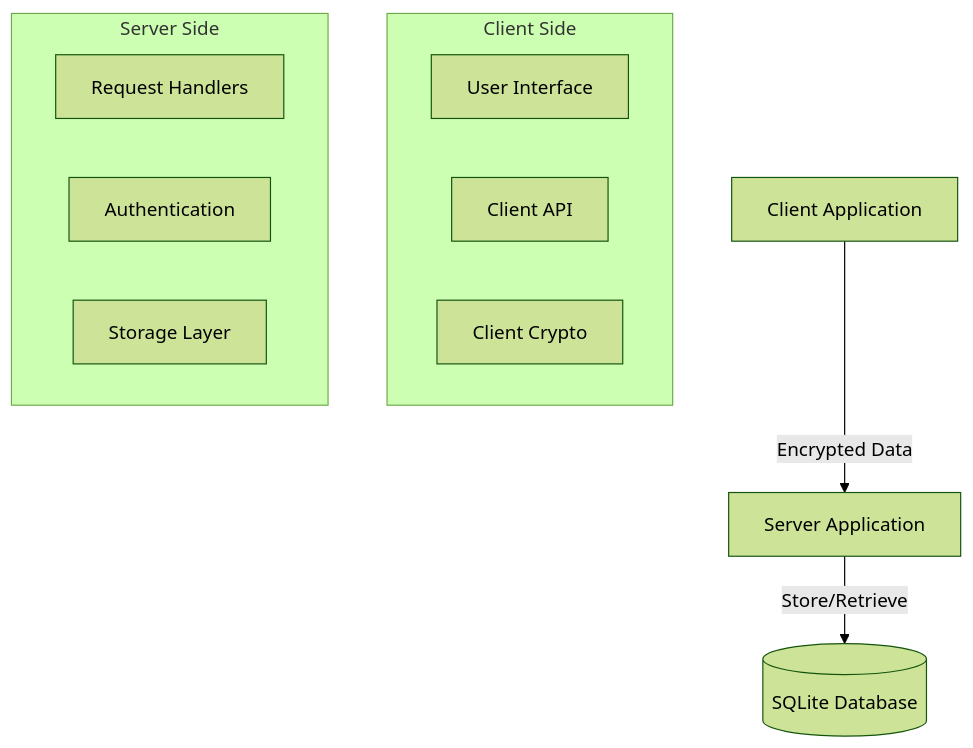
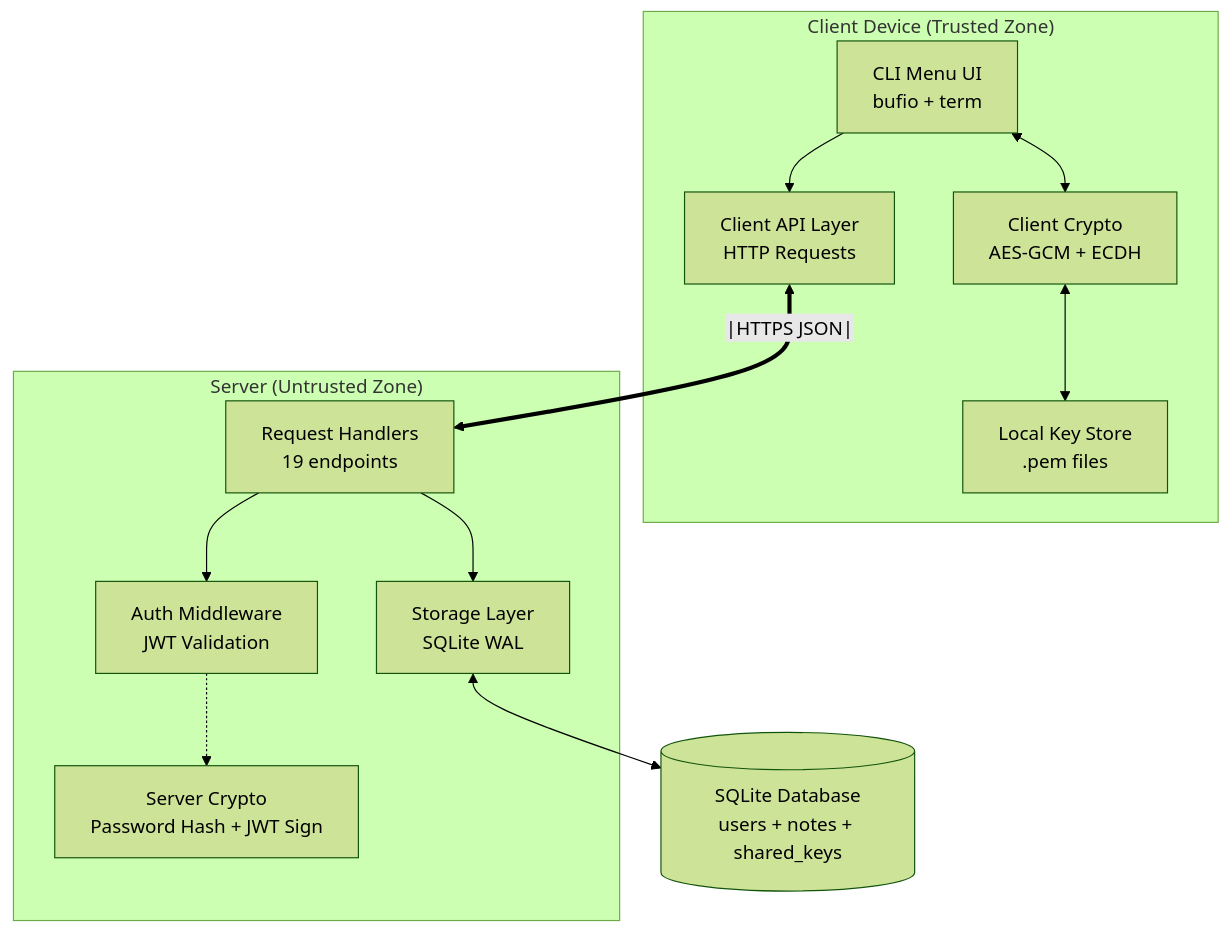
One commit to nguyenhoclaptrinh/MHMMlab02 changed the first of 2 diagrams in Final_report.md. Above: the diagram before and after it, drawn with Mermaid (forest theme). The commit also changed other lines of this file, not shown here.

````diff
--- a/Final_report.md
+++ b/Final_report.md
@@ -84,21 +93,29 @@
 ```mermaid
 graph TB
-    Client[Client Application]
-    Server[Server Application]
-    DB[(SQLite Database)]
+    subgraph "Client Device (Trusted Zone)"
+        CLI[CLI Menu UI<br/>bufio + term]
+        ClientAPI[Client API Layer<br/>HTTP Requests]
+        ClientCrypto[Client Crypto<br/>AES-GCM + ECDH]
+        KeyStore[Local Key Store<br/>.pem files]
+    end
+
+    subgraph "Server (Untrusted Zone)"
+        Handlers[Request Handlers<br/>19 endpoints]
+        Auth[Auth Middleware<br/>JWT Validation]
+        ServerCrypto[Server Crypto<br/>Password Hash + JWT Sign]
+        Storage[Storage Layer<br/>SQLite WAL]
+    end
+
+    DB[(SQLite Database<br/>users + notes + shared_keys)]
+
+    CLI --> ClientAPI
+    CLI <--> ClientCrypto
+    ClientCrypto <--> KeyStore
     
-    Client -->|Encrypted Data| Server
-    Server -->|Store/Retrieve| DB
+    ClientAPI <==|HTTPS JSON|==> Handlers
     
-    subgraph "Client Side"
-        UI[User Interface]
-        API[Client API]
-        Crypto[Client Crypto]
-    end
-    
-    subgraph "Server Side"
-        Handler[Request Handlers]
-        Auth[Authentication]
-        Storage[Storage Layer]
-    end
+    Handlers --> Auth
+    Handlers --> Storage
+    Auth -.-> ServerCrypto
+    Storage <--> DB
 ```
````
